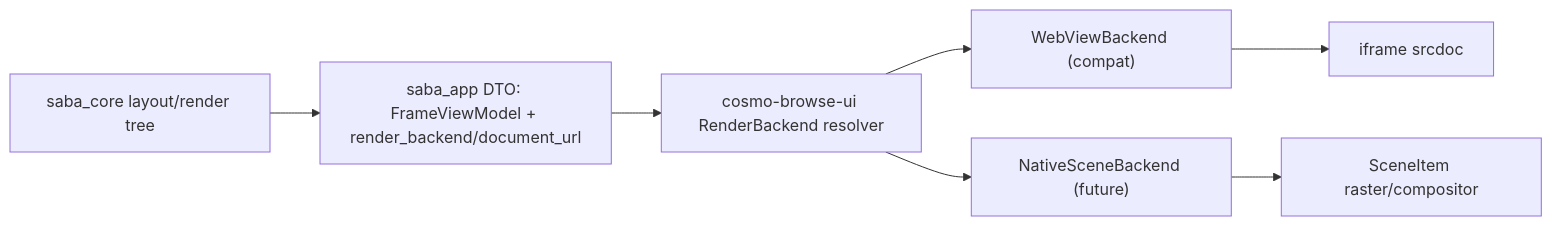
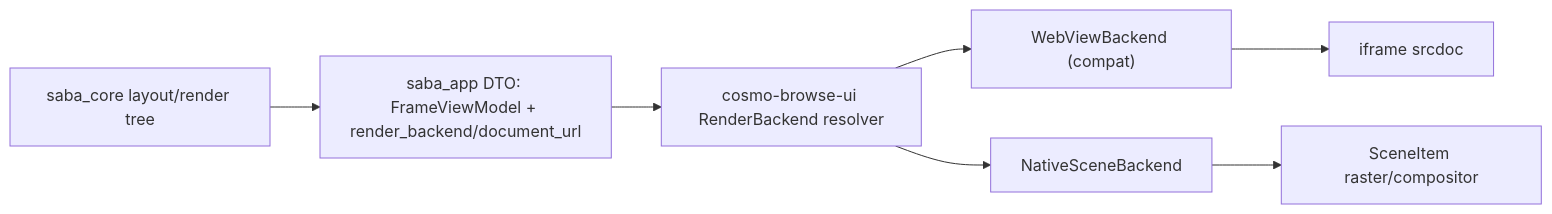
Before and after one commit to pkaiy81/CosmoBrowse: the second of 2 diagrams in docs/architecture/render-pipeline.md, drawn with Mermaid. The commit also changed other lines of this file and 2 other files, not shown here.

Commit message:
Add native scene renderer path for leaf frames

````diff
--- a/docs/architecture/render-pipeline.md
+++ b/docs/architecture/render-pipeline.md
@@ -16,9 +16,9 @@
 ```mermaid
 flowchart LR
   A["saba_core layout/render tree"] --> B["saba_app DTO: FrameViewModel + render_backend/document_url"]
   B --> C["cosmo-browse-ui RenderBackend resolver"]
   C --> D["WebViewBackend (compat)"]
-  C --> E["NativeSceneBackend (future)"]
+  C --> E["NativeSceneBackend"]
   D --> F["iframe srcdoc"]
   E --> G["SceneItem raster/compositor"]
 ```
````
